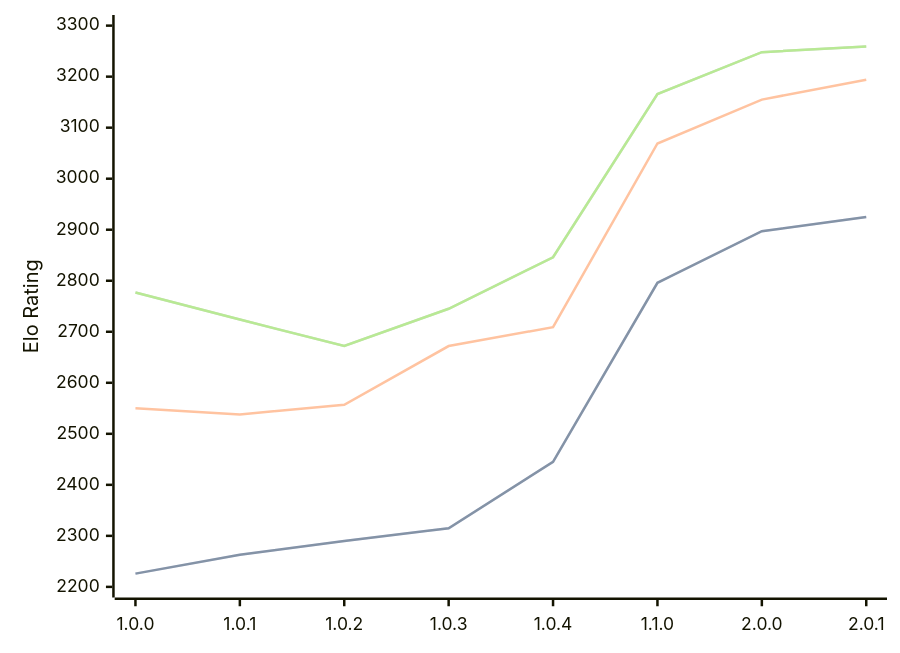
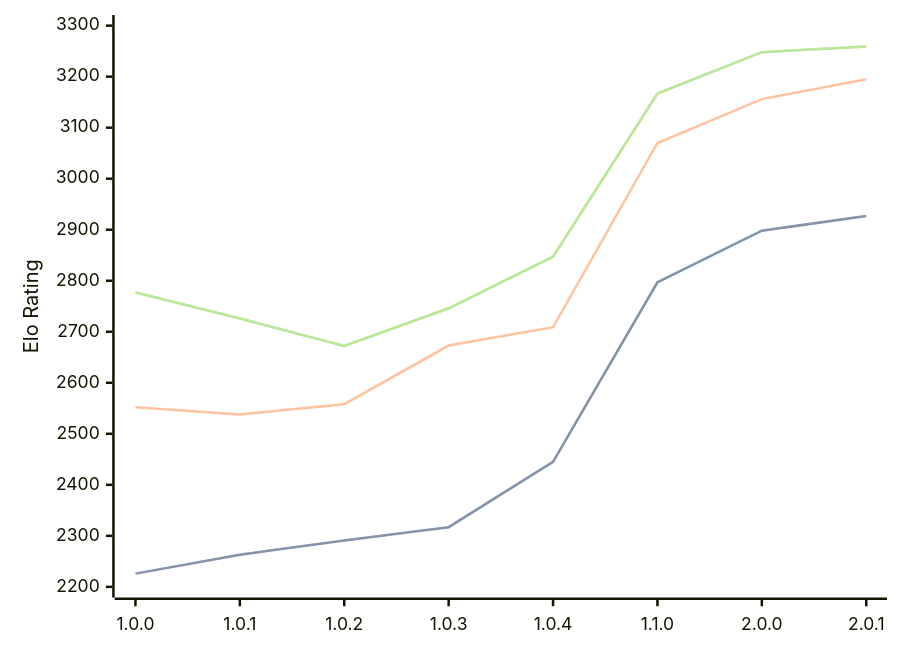
The first of 3 diagrams in engines/Grail.md (computer-chess-index/cci), drawn with Mermaid before and after one commit. The commit also changed other lines of this file, not shown here.

Commit message:
Update CCI Ratings (ELO VLTC) - 2026-07-08

````diff
--- a/engines/Grail.md
+++ b/engines/Grail.md
@@ -38,11 +38,11 @@
 ```mermaid
 %%{init: {"theme":"base","themeVariables":{"seriesColors:['#a3a3a3','#222221','#faa371']}}}%%
 xychart-beta
   x-axis ["1.0.0", "1.0.1", "1.0.2", "1.0.3", "1.0.4", "1.1.0", "2.0.0", "2.0.1"]
   y-axis "Elo Rating" 2200 --> 3300
-  line "STC (8.0+0.08s)" [2226, 2263, 2290, 2315, 2445, 2796, 2897, 2925]
-  line "STC (8.0+0.08s)" [2226, 2263, 2290, 2315, 2445, 2796, 2897, 2925]
-  line "LTC (60.0+0.60s)" [2550, 2538, 2557, 2672, 2709, 3069, 3155, 3194]
-  line "VLTC (2m24s+1.12s)" [2777, 2724, 2672, 2745, 2846, 3166, 3248, 3259]
-  line "VLTC (2m24s+1.12s)" [2777, 2724, 2672, 2745, 2846, 3166, 3248, 3259]
+  line "STC (8.0+0.08s)" [2226, 2263, 2291, 2317, 2445, 2797, 2898, 2927]
+  line "STC (8.0+0.08s)" [2226, 2263, 2291, 2317, 2445, 2797, 2898, 2927]
+  line "LTC (60.0+0.60s)" [2552, 2538, 2558, 2673, 2709, 3070, 3156, 3195]
+  line "VLTC (2m24s+1.12s)" [2777, 2726, 2672, 2746, 2847, 3167, 3248, 3259]
+  line "VLTC (2m24s+1.12s)" [2777, 2726, 2672, 2746, 2847, 3167, 3248, 3259]
 ```
````
